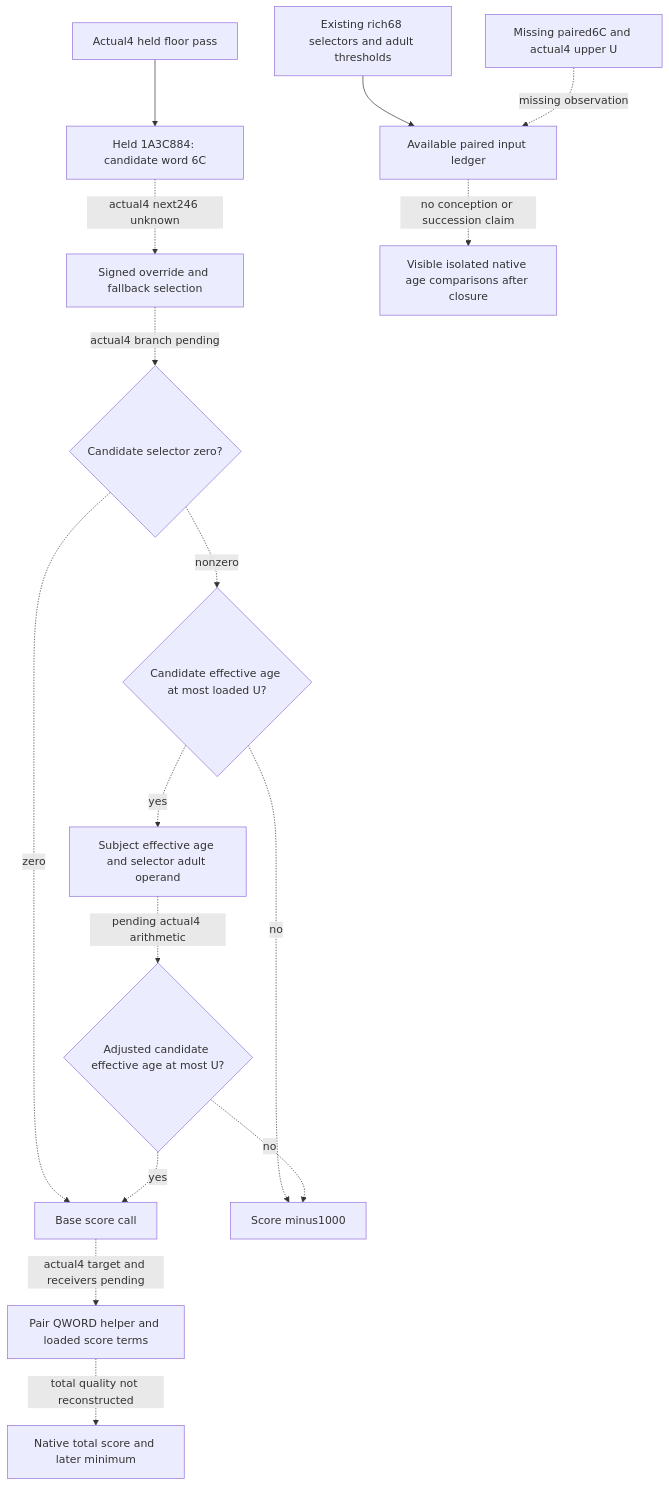
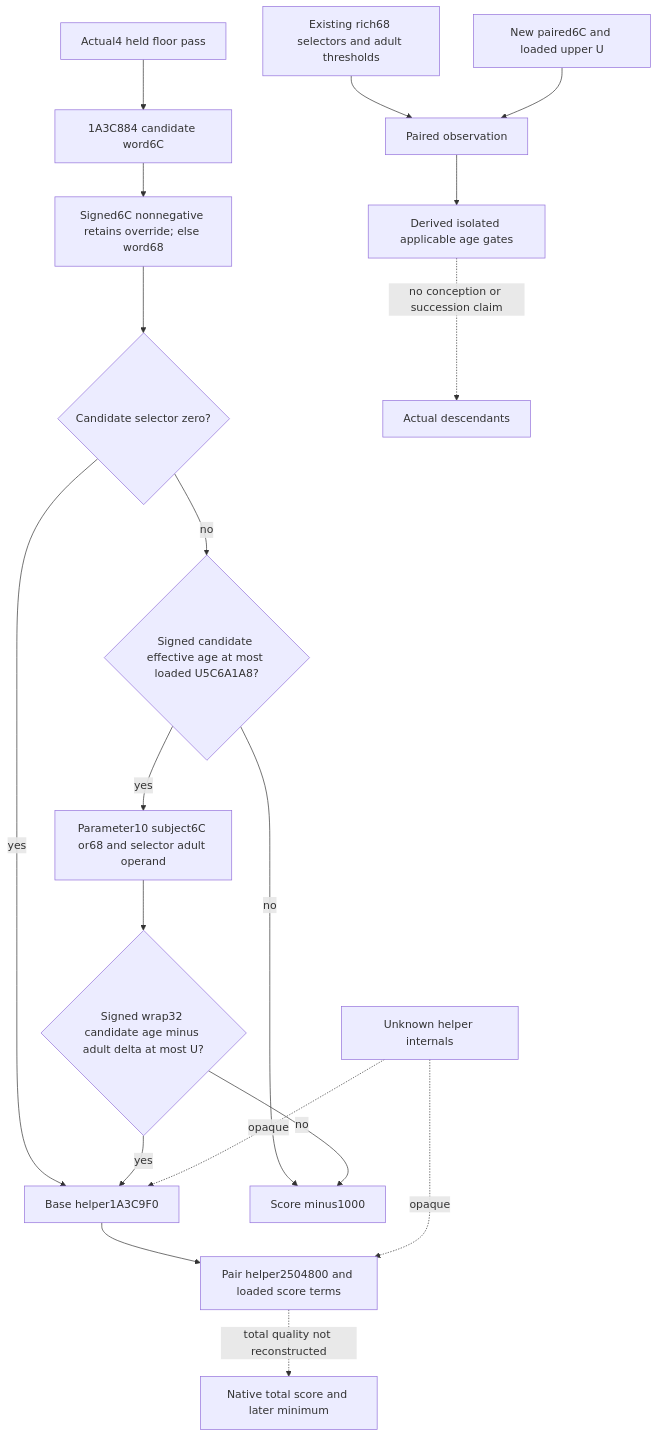
One commit to XenoAmess/ck3_eternal_recurrence changed the diagram in docs/ck3-native-ai/first-heir-post-floor-quality-inputs-12004.md. Above: the diagram before and after it, drawn with Mermaid. The commit also changed other lines of this file and 13 other files, not shown here.

Commit message:
Observe-native-scorer-age-in-first-heir-rich-rows

````diff
--- a/docs/ck3-native-ai/first-heir-post-floor-quality-inputs-12004.md
+++ b/docs/ck3-native-ai/first-heir-post-floor-quality-inputs-12004.md
@@ -101,18 +131,21 @@
 ```mermaid
 flowchart TD
-    F[Actual4 held floor pass] --> L[Held 1A3C884: candidate word 6C]
-    L -. actual4 next246 unknown .-> A[Signed override and fallback selection]
-    A -. actual4 branch pending .-> S{Candidate selector zero?}
-    S -. zero .-> B[Base score call]
-    S -. nonzero .-> U{Candidate effective age at most loaded U?}
-    U -. no .-> X[Score minus1000]
-    U -. yes .-> H[Subject effective age and selector adult operand]
-    H -. pending actual4 arithmetic .-> G{Adjusted candidate effective age at most U?}
-    G -. no .-> X
-    G -. yes .-> B
-    B -. actual4 target and receivers pending .-> Q[Pair QWORD helper and loaded score terms]
+    F[Actual4 held floor pass] --> L[1A3C884 candidate word6C]
+    L --> A[Signed6C nonnegative retains override; else word68]
+    A --> S{Candidate selector zero?}
+    S -->|yes| B[Base helper1A3C9F0]
+    S -->|no| U{Signed candidate effective age at most loaded U5C6A1A8?}
+    U -->|no| X[Score minus1000]
+    U -->|yes| H[Parameter10 subject6C or68 and selector adult operand]
+    H --> G{Signed wrap32 candidate age minus adult delta at most U?}
+    G -->|no| X
+    G -->|yes| B
+    B --> Q[Pair helper2504800 and loaded score terms]
+    K[Unknown helper internals] -. opaque .-> B
+    K -. opaque .-> Q
     Q -. total quality not reconstructed .-> M[Native total score and later minimum]
-    R[Existing rich68 selectors and adult thresholds] --> I[Available paired input ledger]
-    O[Missing paired6C and actual4 upper U] -. missing observation .-> I
-    I -. no conception or succession claim .-> V[Visible isolated native age comparisons after closure]
+    R[Existing rich68 selectors and adult thresholds] --> I[Paired observation]
+    O[New paired6C and loaded upper U] --> I
+    I --> V[Derived isolated applicable age gates]
+    V -. no conception or succession claim .-> C[Actual descendants]
 ```
````
